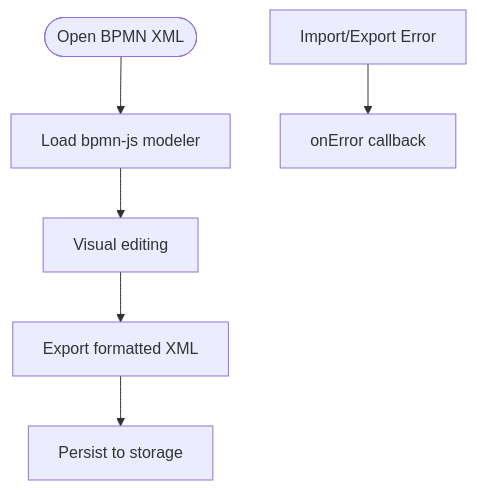
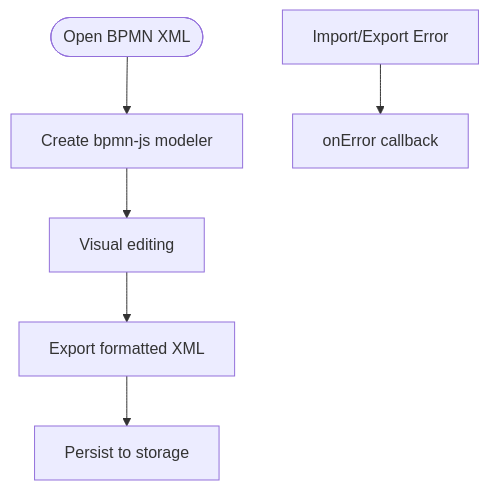
Before and after one commit to ongchonghian/universal-diagram-editor: the third of 7 diagrams in .qoder/repowiki/en/content/Diagram Types and Formats/Diagram Types and Formats.md, drawn with Mermaid. The commit also changed other lines of this file and 31 other files, not shown here.

````diff
--- a/.qoder/repowiki/en/content/Diagram Types and Formats/Diagram Types and Formats.md
+++ b/.qoder/repowiki/en/content/Diagram Types and Formats/Diagram Types and Formats.md
@@ -152,8 +142,8 @@
 ```mermaid
 flowchart TD
-Start(["Open BPMN XML"]) --> Load["Load bpmn-js modeler"]
+Start(["Open BPMN XML"]) --> Load["Create bpmn-js modeler"]
 Load --> Edit["Visual editing"]
 Edit --> Export["Export formatted XML"]
 Export --> Save["Persist to storage"]
 Error["Import/Export Error"] --> Notify["onError callback"]
 ```
````
